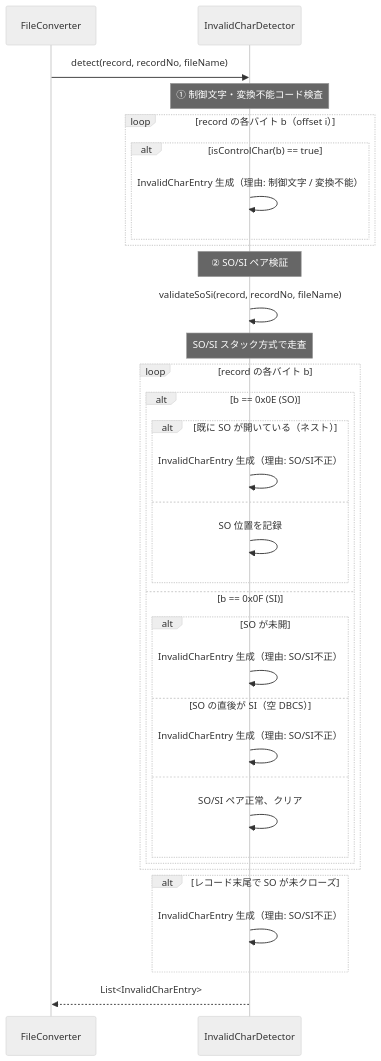
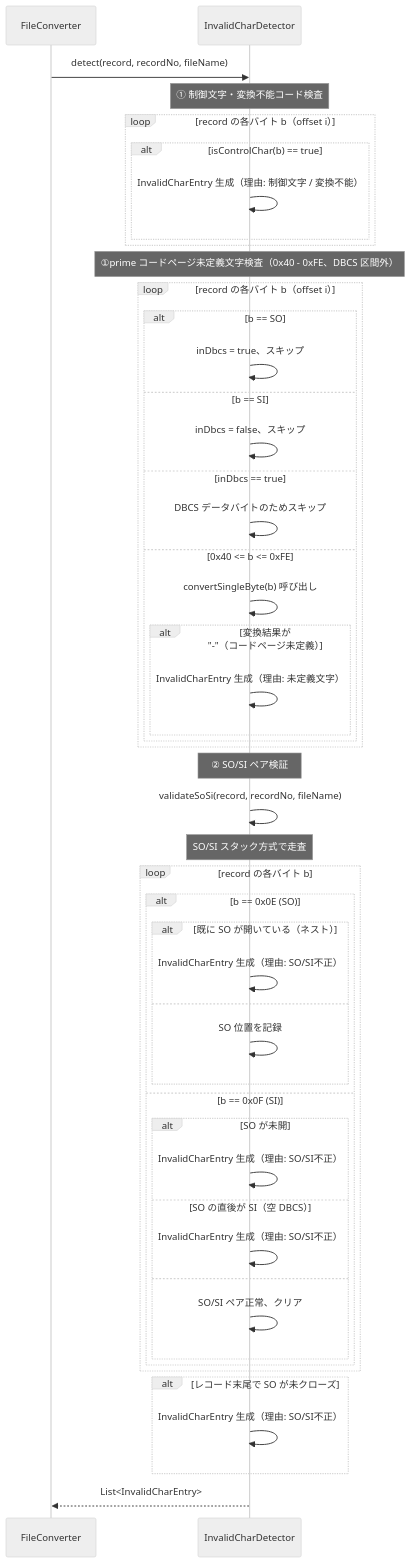
Before and after one commit to tomotagwork/E2UConverter: the fifth of 7 diagrams in 02_design/03_sequence_design.md, drawn with Mermaid (neutral theme). The commit also changed 11 other files, not shown here.

````diff
--- a/02_design/03_sequence_design.md
+++ b/02_design/03_sequence_design.md
@@ -166,44 +166,61 @@
 ```mermaid
 sequenceDiagram
     participant FileConverter
     participant InvalidCharDetector
 
     FileConverter->>InvalidCharDetector: detect(record, recordNo, fileName)
 
     Note over InvalidCharDetector: ① 制御文字・変換不能コード検査
 
     loop record の各バイト b（offset i）
         alt isControlChar(b) == true
             InvalidCharDetector->>InvalidCharDetector: InvalidCharEntry 生成（理由: 制御文字 / 変換不能）
+        end
+    end
+
+    Note over InvalidCharDetector: ①prime コードページ未定義文字検査（0x40 - 0xFE、DBCS 区間外）
+
+    loop record の各バイト b（offset i）
+        alt b == SO
+            InvalidCharDetector->>InvalidCharDetector: inDbcs = true、スキップ
+        else b == SI
+            InvalidCharDetector->>InvalidCharDetector: inDbcs = false、スキップ
+        else inDbcs == true
+            InvalidCharDetector->>InvalidCharDetector: DBCS データバイトのためスキップ
+        else 0x40 <= b <= 0xFE
+            InvalidCharDetector->>InvalidCharDetector: convertSingleByte(b) 呼び出し
+            alt 変換結果が "-"（コードページ未定義）
+                InvalidCharDetector->>InvalidCharDetector: InvalidCharEntry 生成（理由: 未定義文字）
+            end
         end
     end
 
     Note over InvalidCharDetector: ② SO/SI ペア検証
 
     InvalidCharDetector->>InvalidCharDetector: validateSoSi(record, recordNo, fileName)
 
     Note over InvalidCharDetector: SO/SI スタック方式で走査
     loop record の各バイト b
         alt b == 0x0E (SO)
             alt 既に SO が開いている（ネスト）
                 InvalidCharDetector->>InvalidCharDetector: InvalidCharEntry 生成（理由: SO/SI不正）
             else
                 InvalidCharDetector->>InvalidCharDetector: SO 位置を記録
             end
         else b == 0x0F (SI)
             alt SO が未開
                 InvalidCharDetector->>InvalidCharDetector: InvalidCharEntry 生成（理由: SO/SI不正）
             else SO の直後が SI（空 DBCS）
                 InvalidCharDetector->>InvalidCharDetector: InvalidCharEntry 生成（理由: SO/SI不正）
             else
                 InvalidCharDetector->>InvalidCharDetector: SO/SI ペア正常、クリア
             end
         end
     end
 
     alt レコード末尾で SO が未クローズ
         InvalidCharDetector->>InvalidCharDetector: InvalidCharEntry 生成（理由: SO/SI不正）
     end
 
     InvalidCharDetector-->>FileConverter: List<InvalidCharEntry>
 ```
````
